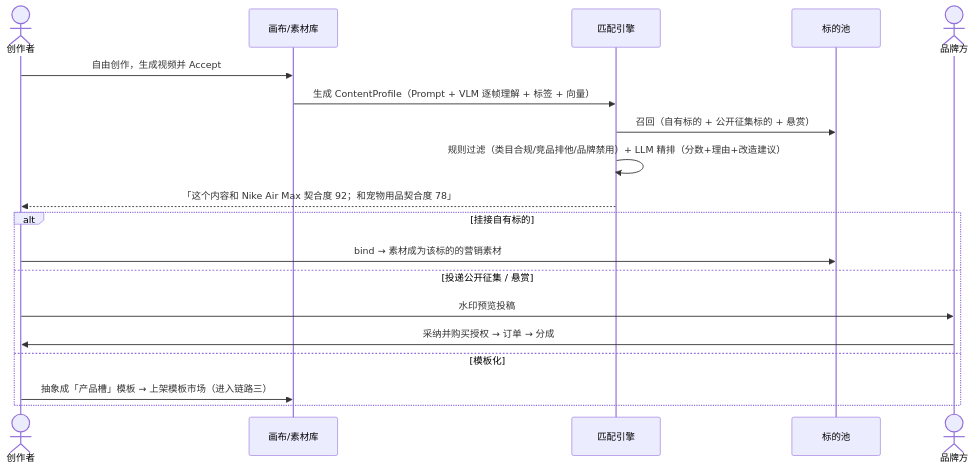
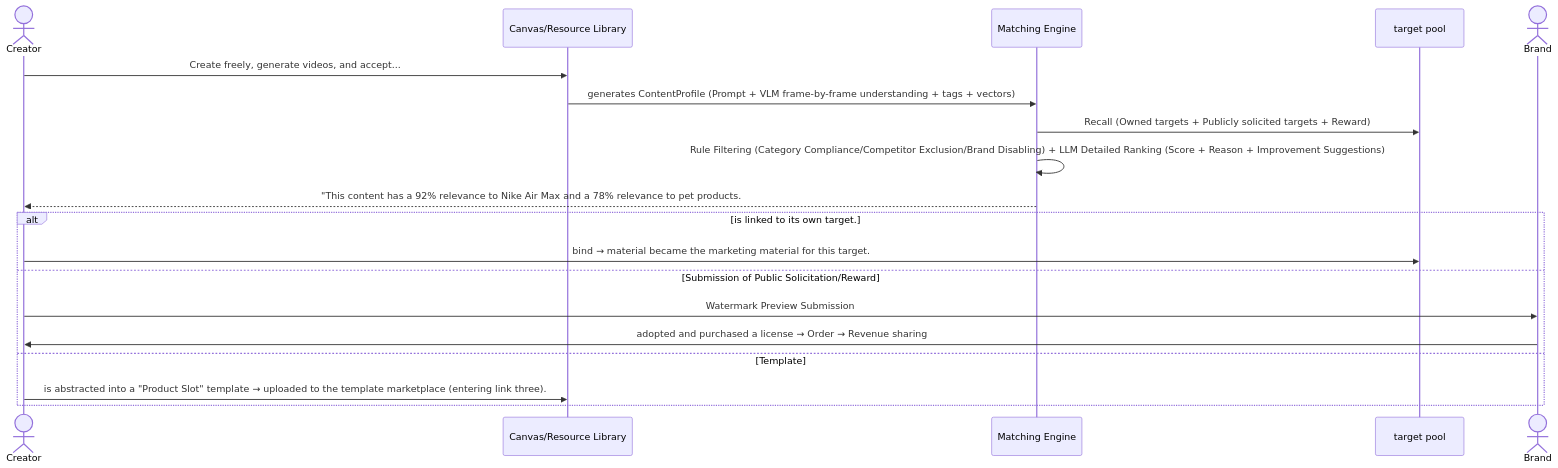
The fifth of 17 diagrams in docs/prd.md (Runqi518/SPARKLE-AI---Your-Creativity-Deserves-a-Market), drawn with Mermaid before and after one commit. The commit also changed other lines of this file and 60 other files, not shown here.

````diff
--- a/docs/prd.md
+++ b/docs/prd.md
@@ -411,21 +385,21 @@
 ```mermaid
 sequenceDiagram
-    actor C as 创作者
-    participant P as 画布/素材库
-    participant M as 匹配引擎
-    participant S as 标的池
-    actor B as 品牌方
-    C->>P: 自由创作，生成视频并 Accept
-    P->>M: 生成 ContentProfile（Prompt + VLM 逐帧理解 + 标签 + 向量）
-    M->>S: 召回（自有标的 + 公开征集标的 + 悬赏）
-    M->>M: 规则过滤（类目合规/竞品排他/品牌禁用）+ LLM 精排（分数+理由+改造建议）
-    M-->>C: 「这个内容和 Nike Air Max 契合度 92；和宠物用品契合度 78」
-    alt 挂接自有标的
-        C->>S: bind → 素材成为该标的的营销素材
-    else 投递公开征集 / 悬赏
-        C->>B: 水印预览投稿
-        B->>C: 采纳并购买授权 → 订单 → 分成
-    else 模板化
-        C->>P: 抽象成「产品槽」模板 → 上架模板市场（进入链路三）
+    actor C as Creator
+    participant P as Canvas/Resource Library
+    participant M as Matching Engine
+    participant S as target pool
+    actor B as Brand
+    C->>P: Create freely, generate videos, and accept...
+    P->>M: generates ContentProfile (Prompt + VLM frame-by-frame understanding + tags + vectors)
+    M->>S: Recall (Owned targets + Publicly solicited targets + Reward)
+    M->>M: Rule Filtering (Category Compliance/Competitor Exclusion/Brand Disabling) + LLM Detailed Ranking (Score + Reason + Improvement Suggestions)
+    M-->>C: "This content has a 92% relevance to Nike Air Max and a 78% relevance to pet products.
+    alt is linked to its own target.
+        C->>S: bind → material became the marketing material for this target.
+    else Submission of Public Solicitation/Reward
+        C->>B: Watermark Preview Submission
+        B->>C: adopted and purchased a license → Order → Revenue sharing
+    else Template
+        C->>P: is abstracted into a "Product Slot" template → uploaded to the template marketplace (entering link three).
     end
 ```
````
